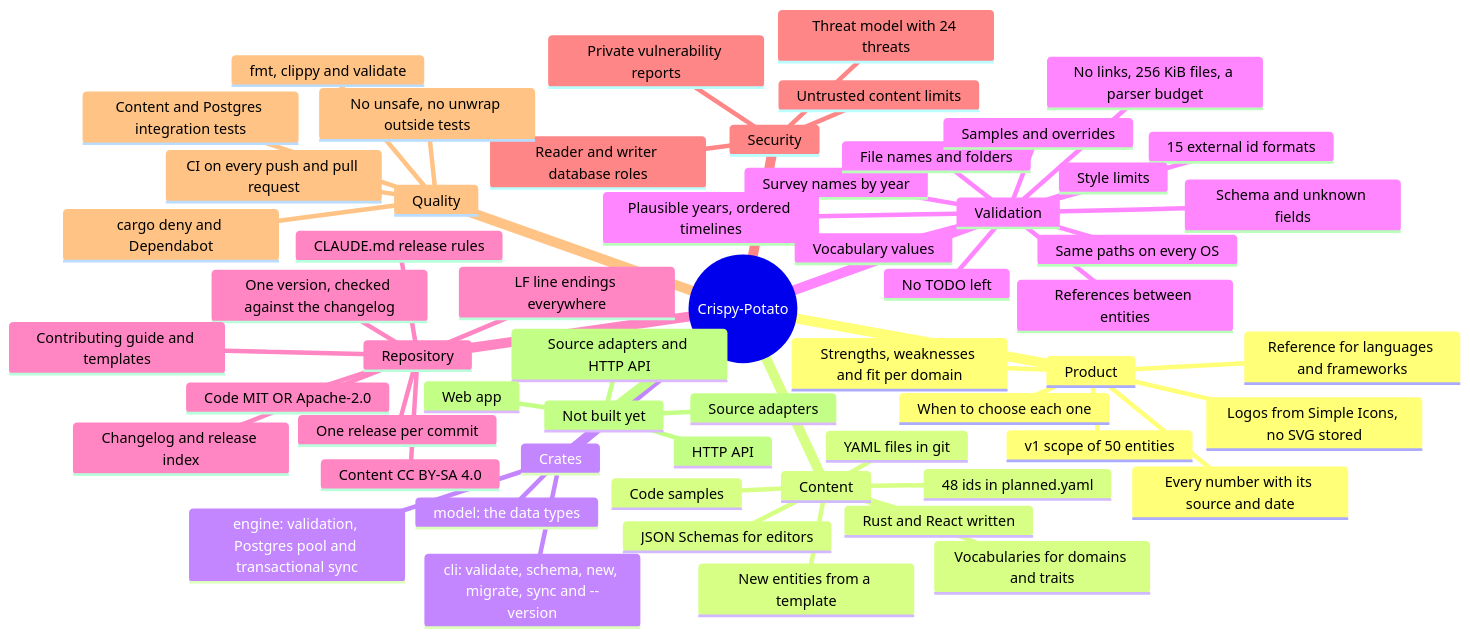
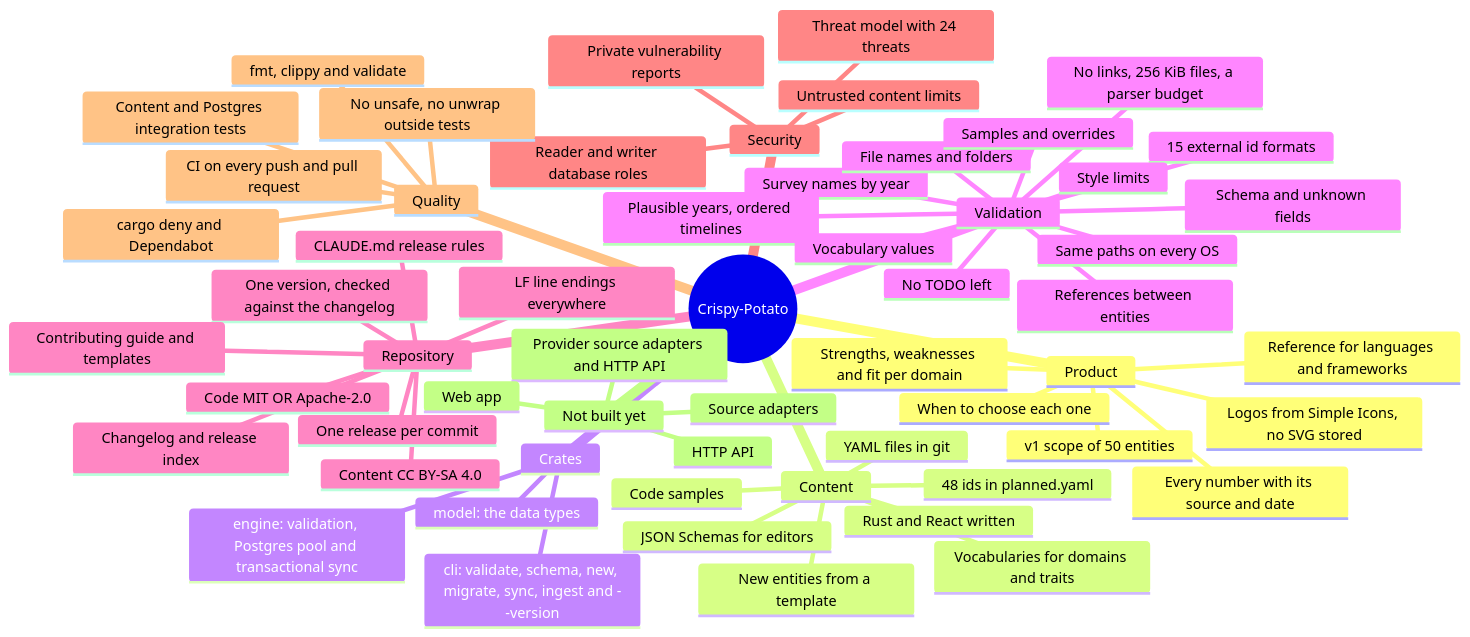
Before and after one commit to winksen/Crispy-Potato: the first of 2 diagrams in docs/MINDMAP.md, drawn with Mermaid. The commit also changed other lines of this file and 18 other files, not shown here.

````diff
--- a/docs/MINDMAP.md
+++ b/docs/MINDMAP.md
@@ -11,61 +11,61 @@
 ```mermaid
 mindmap
   root((Crispy-Potato))
     Product
       Reference for languages and frameworks
       Strengths, weaknesses and fit per domain
       When to choose each one
       Every number with its source and date
       Logos from Simple Icons, no SVG stored
       v1 scope of 50 entities
     Content
       YAML files in git
       JSON Schemas for editors
       New entities from a template
       Rust and React written
       48 ids in planned.yaml
       Vocabularies for domains and traits
       Code samples
     Crates
       model: the data types
       engine: validation, Postgres pool and transactional sync
-      cli: validate, schema, new, migrate, sync and --version
+      cli: validate, schema, new, migrate, sync, ingest and --version
     Validation
       Schema and unknown fields
       15 external id formats
       Survey names by year
       Plausible years, ordered timelines
       File names and folders
       Vocabulary values
       References between entities
       Style limits
       Samples and overrides
       Same paths on every OS
       No links, 256 KiB files, a parser budget
       No TODO left
     Repository
       Code MIT OR Apache-2.0
       Content CC BY-SA 4.0
       One release per commit
       One version, checked against the changelog
       Changelog and release index
       CLAUDE.md release rules
       Contributing guide and templates
       LF line endings everywhere
     Security
       Threat model with 24 threats
       Untrusted content limits
       Reader and writer database roles
       Private vulnerability reports
     Quality
       Content and Postgres integration tests
       fmt, clippy and validate
       No unsafe, no unwrap outside tests
       CI on every push and pull request
       cargo deny and Dependabot
     Not built yet
-      Source adapters and HTTP API
+      Provider source adapters and HTTP API
       Source adapters
       HTTP API
       Web app
 ```
````
